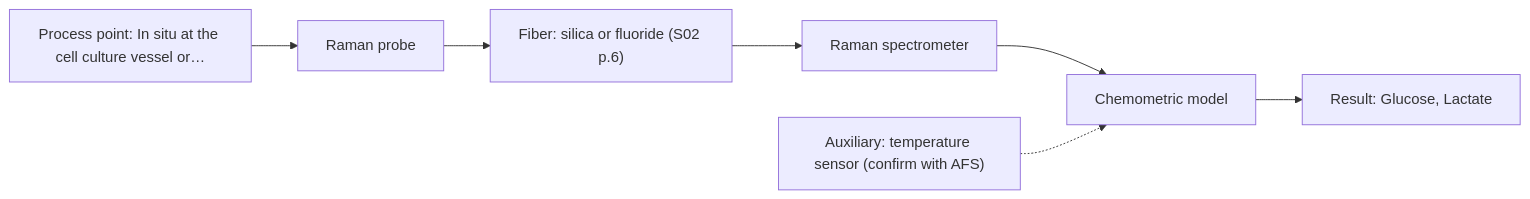
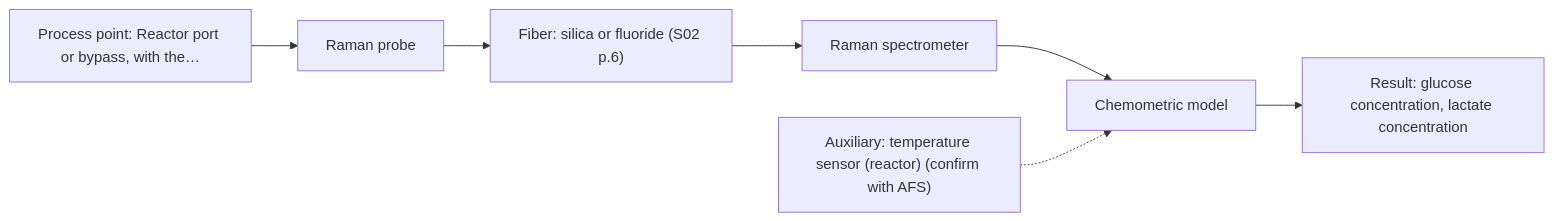
One commit to sleipnir029/Afs-Spectroscopy-Assistant changed the first of 2 diagrams in outputs/dev/D04.md. Above: the diagram before and after it, drawn with Mermaid. The commit also changed other lines of this file and 18 other files, not shown here.

````diff
--- a/outputs/dev/D04.md
+++ b/outputs/dev/D04.md
@@ -49,16 +36,16 @@
 ```mermaid
 flowchart LR
-    proc["Process point: In situ at the cell culture vessel or…"]
+    proc["Process point: Reactor port or bypass, with the…"]
     probe1["Raman probe"]
     fiber1["Fiber: silica or fluoride (S02 p.6)"]
     spec1["Raman spectrometer"]
     model["Chemometric model"]
-    result["Result: Glucose, Lactate"]
-    aux1["Auxiliary: temperature sensor (confirm with AFS)"]
+    result["Result: glucose concentration, lactate concentration"]
+    aux1["Auxiliary: temperature sensor (reactor) (confirm with AFS)"]
     proc --> probe1
     probe1 --> fiber1
     fiber1 --> spec1
     spec1 --> model
     model --> result
     aux1 -.-> model
 ```
````
